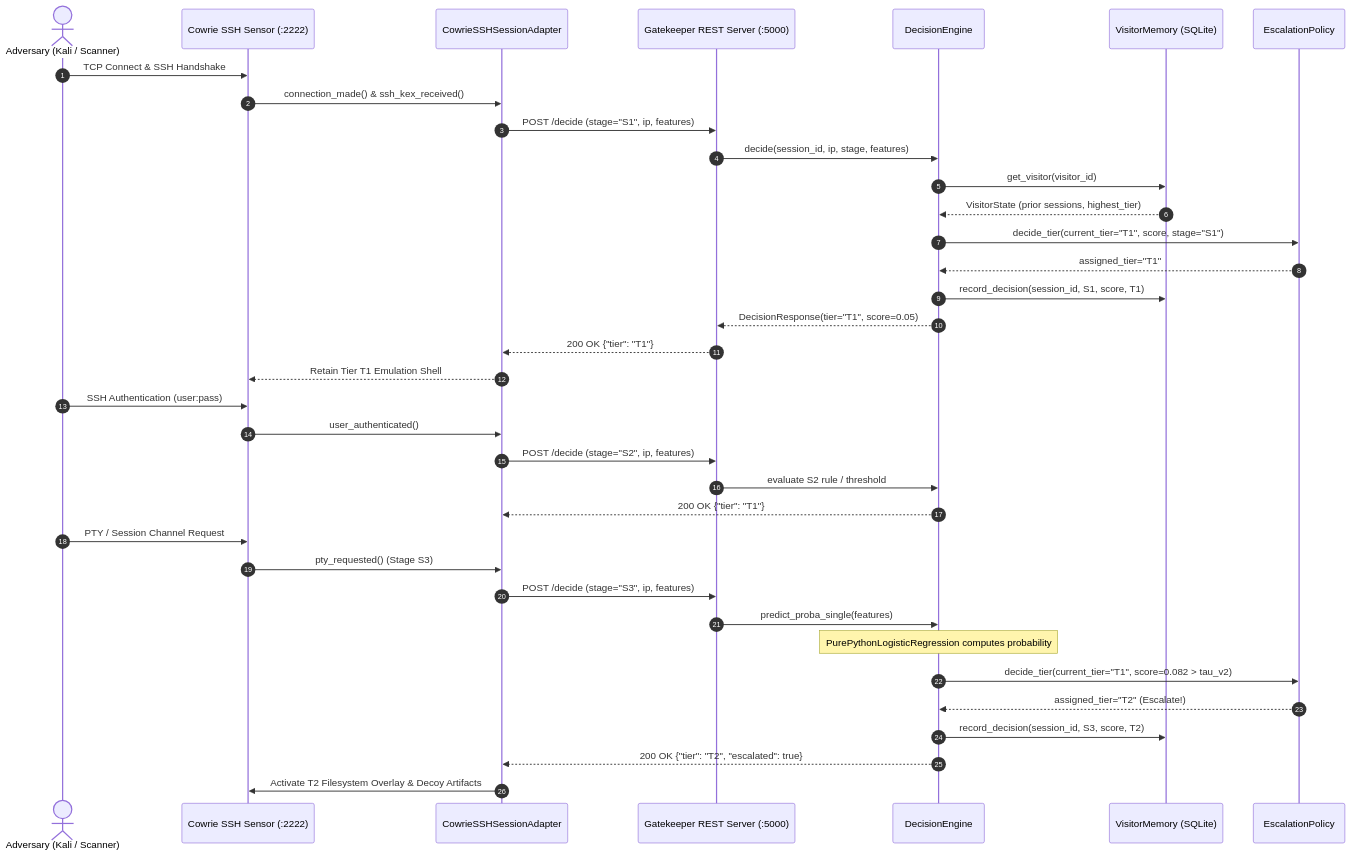
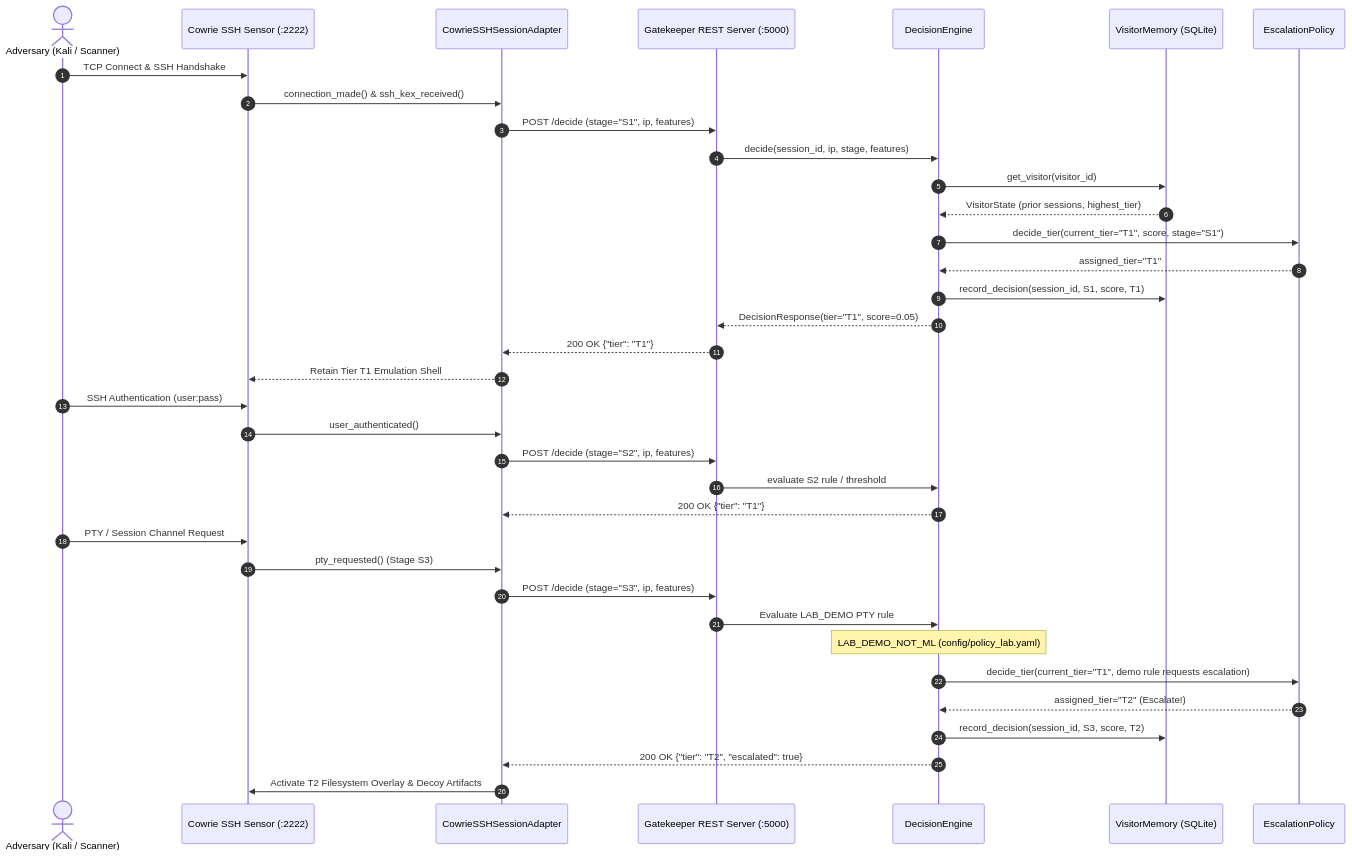
One commit to abhinavsingh2403/Schrodinger-s-Server changed the third of 3 diagrams in docs/GRAPHIFY.md. Above: the diagram before and after it, drawn with Mermaid. The commit also changed other lines of this file and 5 other files, not shown here.

````diff
--- a/docs/GRAPHIFY.md
+++ b/docs/GRAPHIFY.md
@@ -201,41 +201,41 @@
 ```mermaid
 sequenceDiagram
     autonumber
     actor Attacker as Adversary (Kali / Scanner)
     participant Sensor as Cowrie SSH Sensor (:2222)
     participant Adapter as CowrieSSHSessionAdapter
     participant Gatekeeper as Gatekeeper REST Server (:5000)
     participant Engine as DecisionEngine
     participant Memory as VisitorMemory (SQLite)
     participant Policy as EscalationPolicy
 
     Attacker->>Sensor: TCP Connect & SSH Handshake
     Sensor->>Adapter: connection_made() & ssh_kex_received()
     Adapter->>Gatekeeper: POST /decide (stage="S1", ip, features)
     Gatekeeper->>Engine: decide(session_id, ip, stage, features)
     Engine->>Memory: get_visitor(visitor_id)
     Memory-->>Engine: VisitorState (prior sessions, highest_tier)
     Engine->>Policy: decide_tier(current_tier="T1", score, stage="S1")
     Policy-->>Engine: assigned_tier="T1"
     Engine->>Memory: record_decision(session_id, S1, score, T1)
     Engine-->>Gatekeeper: DecisionResponse(tier="T1", score=0.05)
     Gatekeeper-->>Adapter: 200 OK {"tier": "T1"}
     Adapter-->>Sensor: Retain Tier T1 Emulation Shell
 
     Attacker->>Sensor: SSH Authentication (user:pass)
     Sensor->>Adapter: user_authenticated()
     Adapter->>Gatekeeper: POST /decide (stage="S2", ip, features)
     Gatekeeper->>Engine: evaluate S2 rule / threshold
     Engine-->>Adapter: 200 OK {"tier": "T1"}
 
     Attacker->>Sensor: PTY / Session Channel Request
     Sensor->>Adapter: pty_requested() (Stage S3)
     Adapter->>Gatekeeper: POST /decide (stage="S3", ip, features)
-    Gatekeeper->>Engine: predict_proba_single(features)
-    Note over Engine: PurePythonLogisticRegression computes probability
-    Engine->>Policy: decide_tier(current_tier="T1", score=0.082 > tau_v2)
+    Gatekeeper->>Engine: Evaluate LAB_DEMO PTY rule
+    Note over Engine: LAB_DEMO_NOT_ML (config/policy_lab.yaml)
+    Engine->>Policy: decide_tier(current_tier="T1", demo rule requests escalation)
     Policy-->>Engine: assigned_tier="T2" (Escalate!)
     Engine->>Memory: record_decision(session_id, S3, score, T2)
     Engine-->>Adapter: 200 OK {"tier": "T2", "escalated": true}
     Adapter->>Sensor: Activate T2 Filesystem Overlay & Decoy Artifacts
 ```
````
